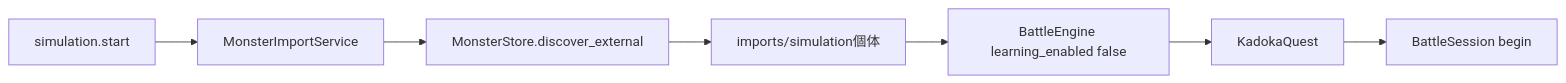
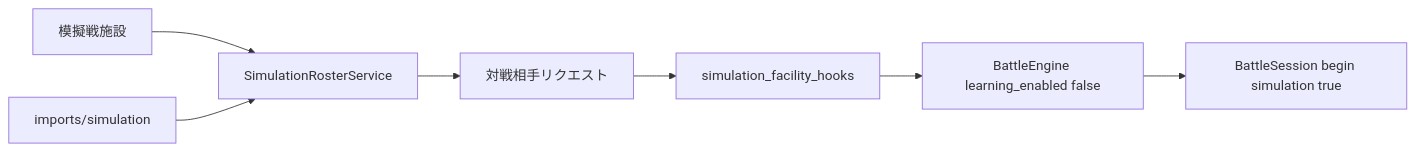
One commit to tomiya7688/kadoka_quest changed the second of 2 diagrams in docs/外部個体取込責務分離機能説明書.md. Above: the diagram before and after it, drawn with Mermaid. The commit also changed other lines of this file, not shown here.

Commit message:
docs: mark direct import simulation flow as legacy

````diff
--- a/docs/外部個体取込責務分離機能説明書.md
+++ b/docs/外部個体取込責務分離機能説明書.md
@@ -26,9 +31,9 @@
 ```mermaid
 flowchart LR
-    C[simulation.start] --> S[MonsterImportService]
-    S --> D[MonsterStore.discover_external]
-    D --> I[imports/simulation個体]
-    I --> B[BattleEngine learning_enabled false]
-    B --> G[KadokaQuest]
-    G --> P[BattleSession begin]
+    F[模擬戦施設] --> R[SimulationRosterService]
+    I[imports/simulation] --> R
+    R --> Q[対戦相手リクエスト]
+    Q --> H[simulation_facility_hooks]
+    H --> B[BattleEngine learning_enabled false]
+    B --> S[BattleSession begin simulation true]
 ```
````
